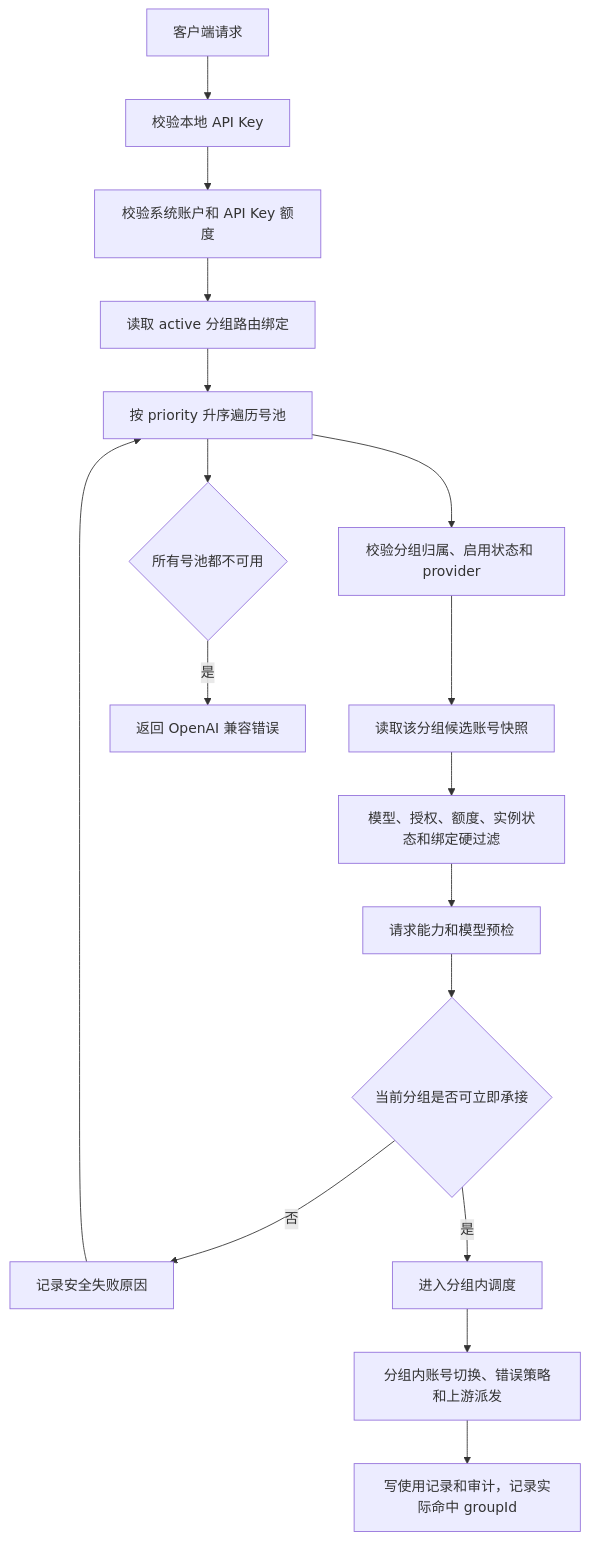
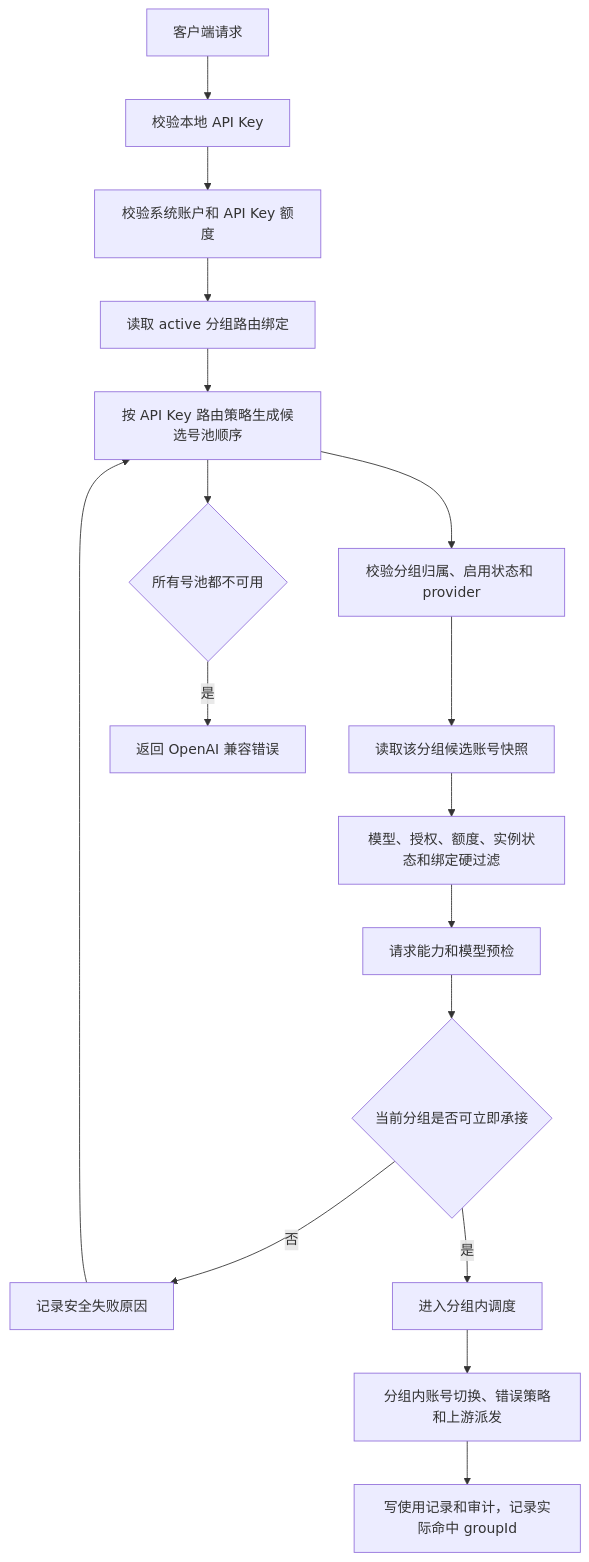
One commit to huanmin123/juhe-ai changed the diagram in docs/functions/APIKey多分组路由设计.md. Above: the diagram before and after it, drawn with Mermaid. The commit also changed other lines of this file and 113 other files, not shown here.

````diff
--- a/docs/functions/APIKey多分组路由设计.md
+++ b/docs/functions/APIKey多分组路由设计.md
@@ -190,19 +199,19 @@
 ```mermaid
 flowchart TD
   A["客户端请求"] --> B["校验本地 API Key"]
   B --> C["校验系统账户和 API Key 额度"]
   C --> D["读取 active 分组路由绑定"]
-  D --> E["按 priority 升序遍历号池"]
+  D --> E["按 API Key 路由策略生成候选号池顺序"]
   E --> F["校验分组归属、启用状态和 provider"]
   F --> G["读取该分组候选账号快照"]
   G --> H["模型、授权、额度、实例状态和绑定硬过滤"]
   H --> I["请求能力和模型预检"]
   I --> J{"当前分组是否可立即承接"}
   J -- "否" --> K["记录安全失败原因"]
   K --> E
   J -- "是" --> L["进入分组内调度"]
   L --> M["分组内账号切换、错误策略和上游派发"]
   M --> N["写使用记录和审计，记录实际命中 groupId"]
   E --> O{"所有号池都不可用"}
   O -- "是" --> P["返回 OpenAI 兼容错误"]
 ```
````
